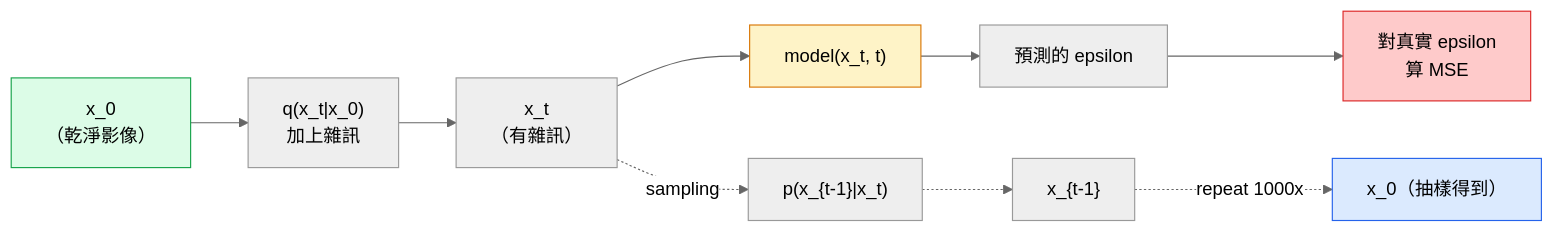
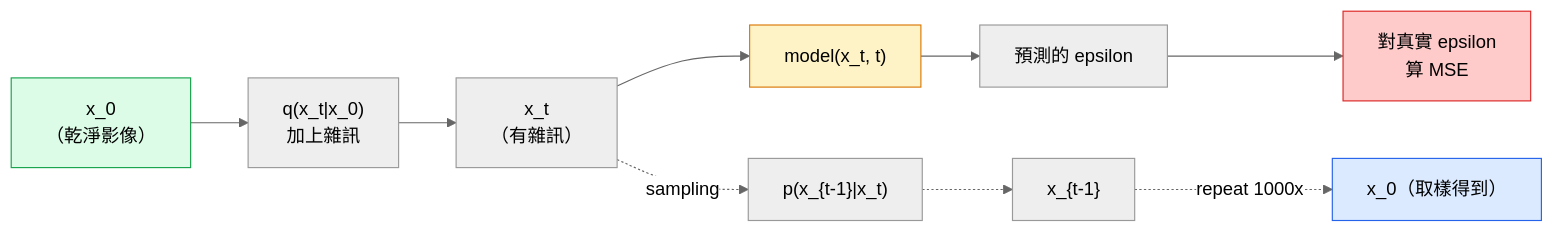
The diagram in i18n/zh-TW/phases/04-computer-vision/10-image-generation-diffusion/docs/zh-TW.md (edward821220/ai-engineering-from-scratch), drawn with Mermaid (neutral theme) before and after one commit. The commit also changed other lines of this file, not shown here.

````diff
--- a/i18n/zh-TW/phases/04-computer-vision/10-image-generation-diffusion/docs/zh-TW.md
+++ b/i18n/zh-TW/phases/04-computer-vision/10-image-generation-diffusion/docs/zh-TW.md
@@ -59,17 +59,17 @@
 ```mermaid
 flowchart LR
     X0["x_0<br/>（乾淨影像）"] --> Q1["q(x_t|x_0)<br/>加上雜訊"]
     Q1 --> XT["x_t<br/>（有雜訊）"]
     XT --> MODEL["model(x_t, t)"]
     MODEL --> EPS["預測的 epsilon"]
     EPS --> LOSS["對真實 epsilon<br/>算 MSE"]
 
     XT -.->|sampling| STEP["p(x_{t-1}|x_t)"]
     STEP -.-> XT1["x_{t-1}"]
-    XT1 -.->|repeat 1000x| X0S["x_0（抽樣得到）"]
+    XT1 -.->|repeat 1000x| X0S["x_0（取樣得到）"]
 
     style X0 fill:#dcfce7,stroke:#16a34a
     style MODEL fill:#fef3c7,stroke:#d97706
     style LOSS fill:#fecaca,stroke:#dc2626
     style X0S fill:#dbeafe,stroke:#2563eb
 ```
````
